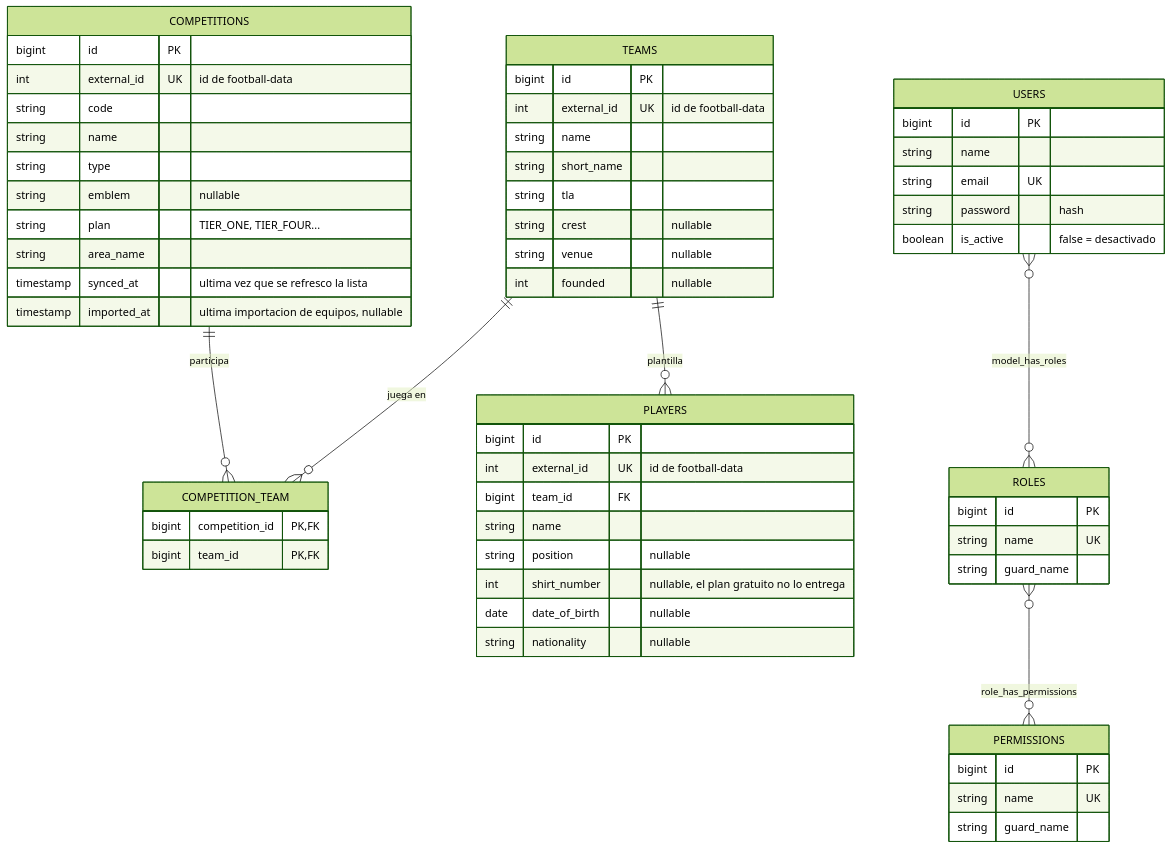
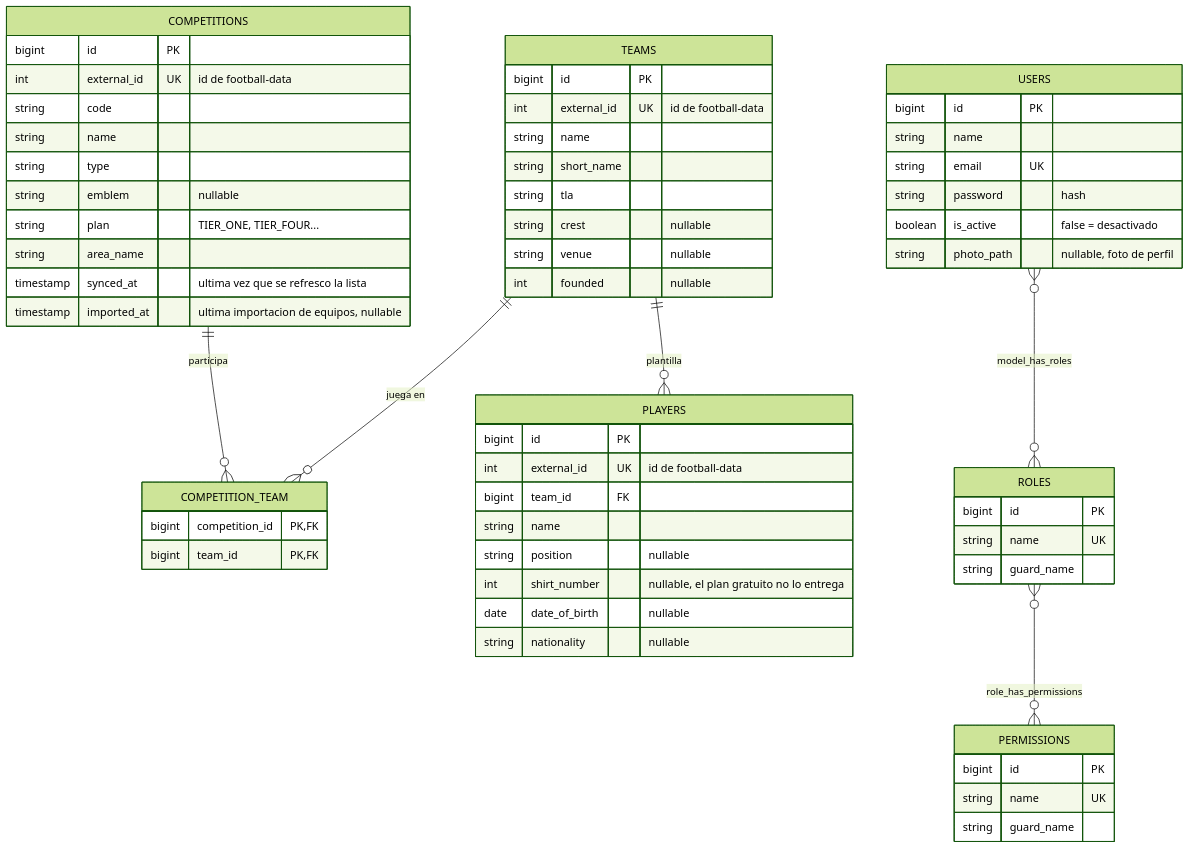
One commit to jsponceA/football-data changed the diagram in docs/modelo-datos.mmd. Above: the diagram before and after it, drawn with Mermaid (forest theme). The commit also changed 12 other files, not shown here.

Commit message:
README completo, diagramas al día y ligas de pago bloqueadas en el listado

```diff
--- a/docs/modelo-datos.mmd
+++ b/docs/modelo-datos.mmd
@@ -1,66 +1,67 @@
 erDiagram
   COMPETITIONS ||--o{ COMPETITION_TEAM : "participa"
   TEAMS ||--o{ COMPETITION_TEAM : "juega en"
   TEAMS ||--o{ PLAYERS : "plantilla"
   USERS }o--o{ ROLES : "model_has_roles"
   ROLES }o--o{ PERMISSIONS : "role_has_permissions"
 
   COMPETITIONS {
     bigint id PK
     int external_id UK "id de football-data"
     string code
     string name
     string type
     string emblem "nullable"
     string plan "TIER_ONE, TIER_FOUR..."
     string area_name
     timestamp synced_at "ultima vez que se refresco la lista"
     timestamp imported_at "ultima importacion de equipos, nullable"
   }
 
   TEAMS {
     bigint id PK
     int external_id UK "id de football-data"
     string name
     string short_name
     string tla
     string crest "nullable"
     string venue "nullable"
     int founded "nullable"
   }
 
   COMPETITION_TEAM {
     bigint competition_id PK, FK
     bigint team_id PK, FK
   }
 
   PLAYERS {
     bigint id PK
     int external_id UK "id de football-data"
     bigint team_id FK
     string name
     string position "nullable"
     int shirt_number "nullable, el plan gratuito no lo entrega"
     date date_of_birth "nullable"
     string nationality "nullable"
   }
 
   USERS {
     bigint id PK
     string name
     string email UK
     string password "hash"
     boolean is_active "false = desactivado"
+    string photo_path "nullable, foto de perfil"
   }
 
   ROLES {
     bigint id PK
     string name UK
     string guard_name
   }
 
   PERMISSIONS {
     bigint id PK
     string name UK
     string guard_name
   }
```
